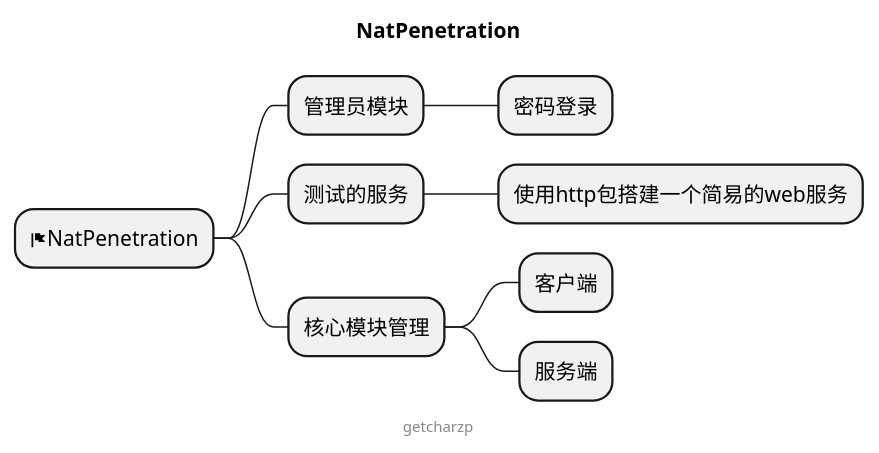
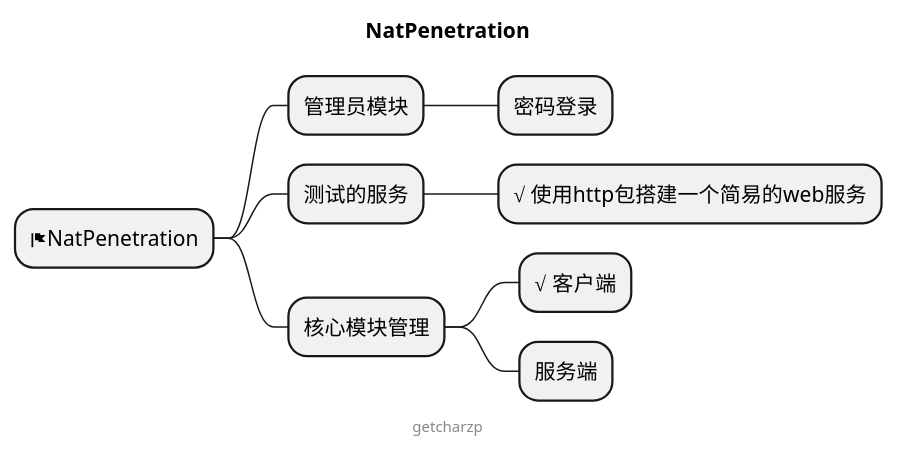
The diagram in mind.puml (GetcharZp/nat-penetratin), drawn with PlantUML before and after one commit. The commit also changed 4 other files, not shown here.

```diff
--- a/mind.puml
+++ b/mind.puml
@@ -1,16 +1,16 @@
 @startmindmap
 
 title NatPenetration
 
 * <&flag>NatPenetration
 ** 管理员模块
 *** 密码登录
 ** 测试的服务
-*** 使用http包搭建一个简易的web服务
+*** √ 使用http包搭建一个简易的web服务
 ** 核心模块管理
-*** 客户端
+*** √ 客户端
 *** 服务端
 
 center footer getcharzp
 
 @endmindmap
```
